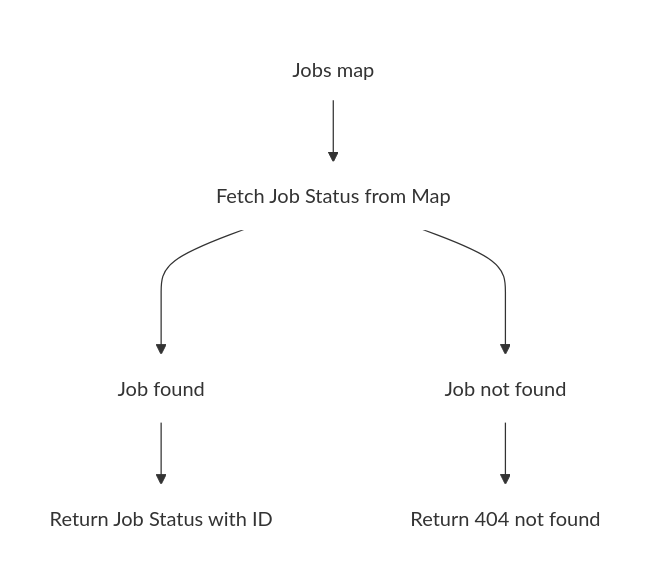
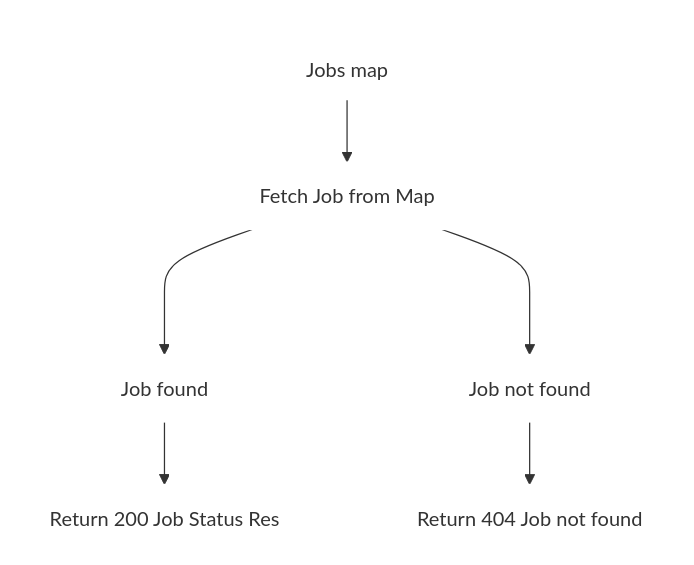
One commit to prashant348/media-processing-pipeline changed the second of 4 diagrams in docs/API.md. Above: the diagram before and after it, drawn with Mermaid. The commit also changed other lines of this file and 19 other files, not shown here.

First line of the commit message:
docs: update architecture, api, and readme documentation

````diff
--- a/docs/API.md
+++ b/docs/API.md
@@ -83,21 +134,21 @@
 ```mermaid
 graph TD
 
     classDef JobStatusAPI fill:transparent,stroke:#fff,stroke-width:1px;
 
     A[(Jobs map)] 
-    B[Fetch Job Status from Map]
+    B[Fetch Job from Map]
     C[Job found]
     D[Job not found]
-    E[Return Job Status with ID]
-    F[Return 404 not found]
+    E[Return 200 Job Status Res]
+    F[Return 404 Job not found]
 
 
     A --> B
     B ---> C
     B ---> D
     C --> E
     D --> F
 
     class A,B,C,D,E,F JobStatusAPI
 ```
````
